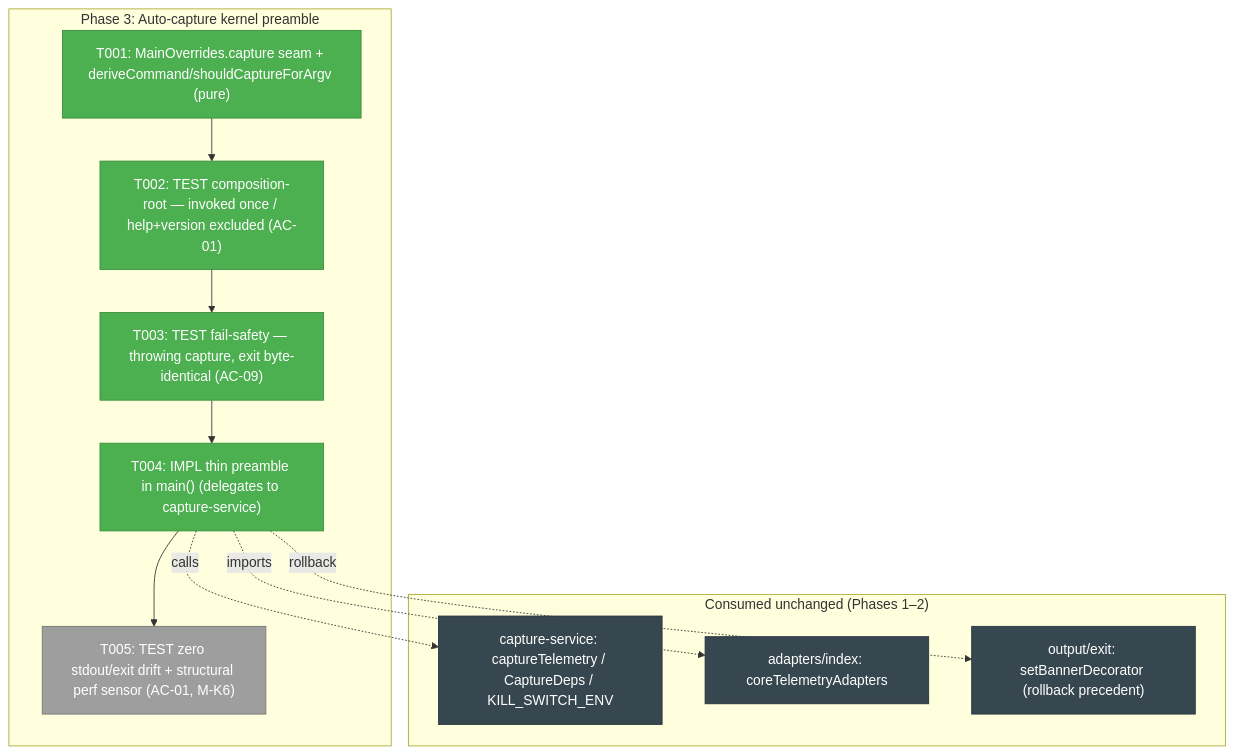
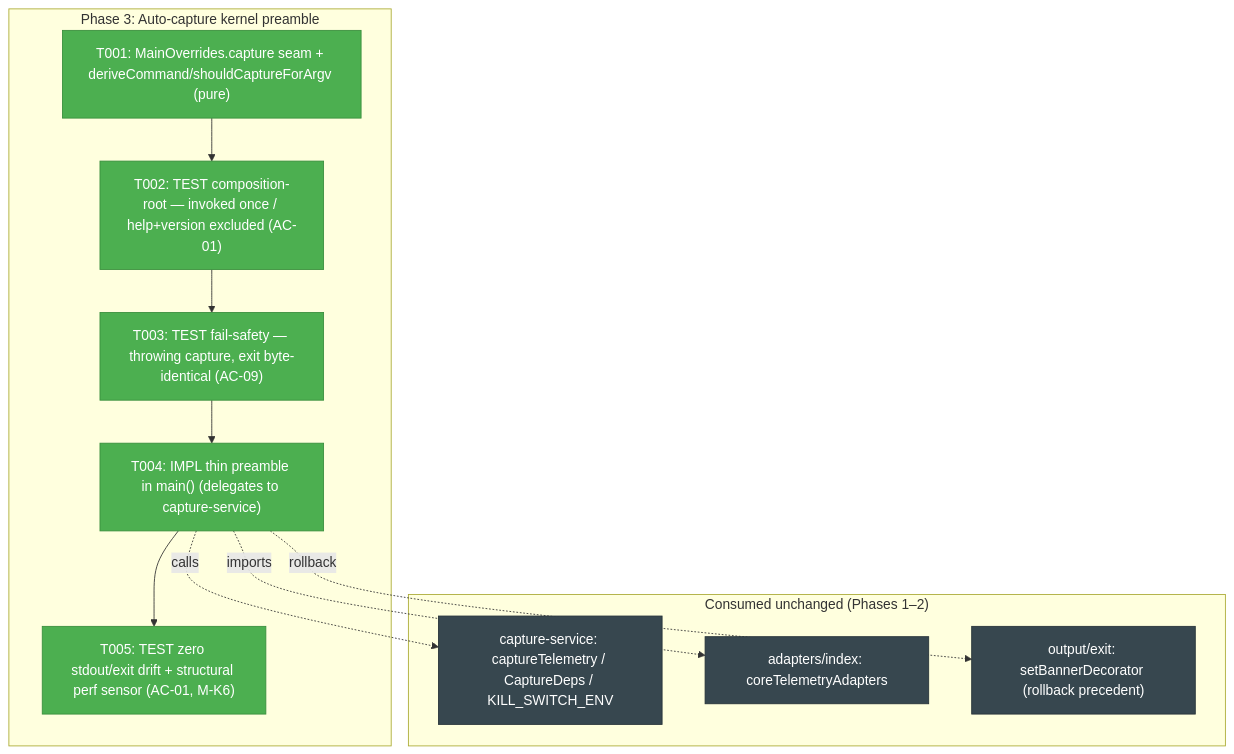
The first of 3 diagrams in docs/plans/034-harness-telemetry-collection/tasks/phase-3-auto-capture-kernel-preamble/tasks.md (AI-Substrate/harness-engineering), drawn with Mermaid before and after one commit. The commit also changed other lines of this file and 7 other files, not shown here.

First line of the commit message:
test(telemetry): zero-drift + structural perf sensor for capture preamble (034 T005)

````diff
--- a/docs/plans/034-harness-telemetry-collection/tasks/phase-3-auto-capture-kernel-preamble/tasks.md
+++ b/docs/plans/034-harness-telemetry-collection/tasks/phase-3-auto-capture-kernel-preamble/tasks.md
@@ -109,26 +109,26 @@
 ```mermaid
 flowchart TD
     classDef pending fill:#9E9E9E,stroke:#757575,color:#fff
     classDef inprogress fill:#FB8C00,stroke:#EF6C00,color:#fff
     classDef completed fill:#4CAF50,stroke:#388E3C,color:#fff
     classDef nochange fill:#37474F,stroke:#263238,color:#fff
 
     subgraph Phase["Phase 3: Auto-capture kernel preamble"]
         T001["T001: MainOverrides.capture seam + deriveCommand/shouldCaptureForArgv (pure)"]:::completed
         T002["T002: TEST composition-root — invoked once / help+version excluded (AC-01)"]:::completed
         T003["T003: TEST fail-safety — throwing capture, exit byte-identical (AC-09)"]:::completed
         T004["T004: IMPL thin preamble in main() (delegates to capture-service)"]:::completed
-        T005["T005: TEST zero stdout/exit drift + structural perf sensor (AC-01, M-K6)"]:::pending
+        T005["T005: TEST zero stdout/exit drift + structural perf sensor (AC-01, M-K6)"]:::completed
         T001 --> T002 --> T003 --> T004 --> T005
     end
 
     subgraph Reuse["Consumed unchanged (Phases 1–2)"]
         CS["capture-service: captureTelemetry / CaptureDeps / KILL_SWITCH_ENV"]:::nochange
         AD["adapters/index: coreTelemetryAdapters"]:::nochange
         EX["output/exit: setBannerDecorator (rollback precedent)"]:::nochange
     end
 
     T004 -.calls.-> CS
     T004 -.imports.-> AD
     T004 -.rollback.-> EX
 ```
````
